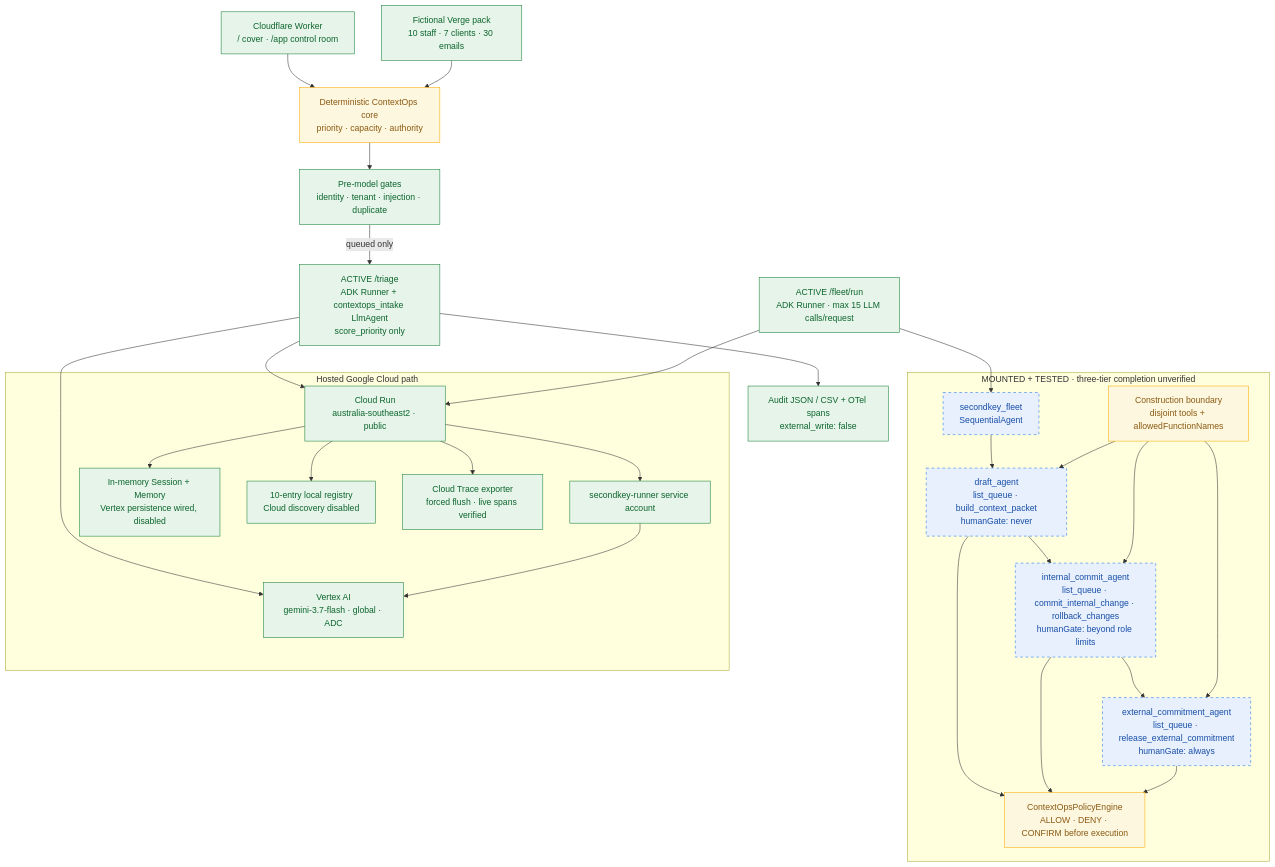
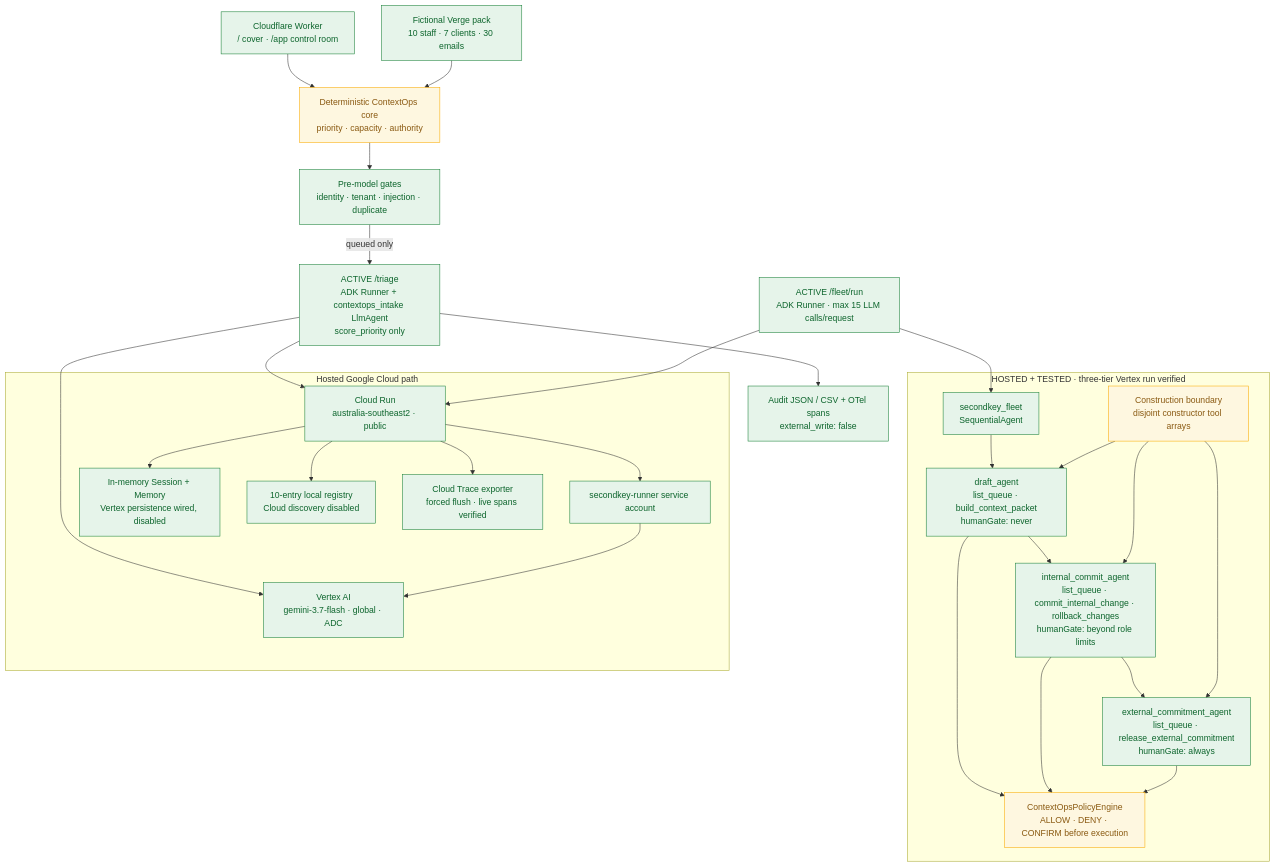
One commit to vcdwio/secondkey changed the first of 2 diagrams in ARCHITECTURE_DIAGRAM.md. Above: the diagram before and after it, drawn with Mermaid. The commit also changed other lines of this file and 7 other files, not shown here.

Commit message:
docs: record hosted fleet verification

````diff
--- a/ARCHITECTURE_DIAGRAM.md
+++ b/ARCHITECTURE_DIAGRAM.md
@@ -14,59 +13,59 @@
 ```mermaid
 flowchart TB
     WEB["Cloudflare Worker<br/>/ cover · /app control room"]
     DATA["Fictional Verge pack<br/>10 staff · 7 clients · 30 emails"]
     CORE["Deterministic ContextOps core<br/>priority · capacity · authority"]
     GATES["Pre-model gates<br/>identity · tenant · injection · duplicate"]
     TRIAGE["ACTIVE /triage<br/>ADK Runner + contextops_intake LlmAgent<br/>score_priority only"]
     VAI["Vertex AI<br/>gemini-3.7-flash · global · ADC"]
     AUDIT["Audit JSON / CSV + OTel spans<br/>external_write: false"]
 
     WEB --> CORE
     DATA --> CORE --> GATES
     GATES -->|queued only| TRIAGE --> VAI
     TRIAGE --> AUDIT
 
     FLEET_ROUTE["ACTIVE /fleet/run<br/>ADK Runner · max 15 LLM calls/request"]
 
-    subgraph FLEET["MOUNTED + TESTED · three-tier completion unverified"]
+    subgraph FLEET["HOSTED + TESTED · three-tier Vertex run verified"]
       COORD["secondkey_fleet<br/>SequentialAgent"]
       DRAFT["draft_agent<br/>list_queue · build_context_packet<br/>humanGate: never"]
       INTERNAL["internal_commit_agent<br/>list_queue · commit_internal_change · rollback_changes<br/>humanGate: beyond role limits"]
       EXTERNAL["external_commitment_agent<br/>list_queue · release_external_commitment<br/>humanGate: always"]
-      CONSTRUCT["Construction boundary<br/>disjoint tools + allowedFunctionNames"]
+      CONSTRUCT["Construction boundary<br/>disjoint constructor tool arrays"]
       POLICY["ContextOpsPolicyEngine<br/>ALLOW · DENY · CONFIRM before execution"]
 
       COORD --> DRAFT --> INTERNAL --> EXTERNAL
       CONSTRUCT --> DRAFT
       CONSTRUCT --> INTERNAL
       CONSTRUCT --> EXTERNAL
       DRAFT --> POLICY
       INTERNAL --> POLICY
       EXTERNAL --> POLICY
     end
 
     FLEET_ROUTE --> COORD
 
     subgraph CLOUD["Hosted Google Cloud path"]
       CR["Cloud Run<br/>australia-southeast2 · public"]
       SA["secondkey-runner service account"]
       STATE["In-memory Session + Memory<br/>Vertex persistence wired, disabled"]
       REG["10-entry local registry<br/>Cloud discovery disabled"]
       TRACE["Cloud Trace exporter<br/>forced flush · live spans verified"]
       CR --> SA --> VAI
       CR --> STATE
       CR --> REG
       CR --> TRACE
     end
 
     TRIAGE --> CR
     FLEET_ROUTE --> CR
 
     classDef live fill:#e6f4ea,stroke:#188038,color:#0d652d
     classDef deterministic fill:#fef7e0,stroke:#f9ab00,color:#8a5a12
     classDef prepared fill:#e8f0fe,stroke:#1a73e8,color:#174ea6,stroke-dasharray:5 5
     class WEB,DATA,GATES,TRIAGE,FLEET_ROUTE,VAI,AUDIT,CR,SA,STATE,REG live
     class CORE,POLICY,CONSTRUCT deterministic
     class TRACE live
-    class COORD,DRAFT,INTERNAL,EXTERNAL prepared
+    class COORD,DRAFT,INTERNAL,EXTERNAL live
 ```
````
